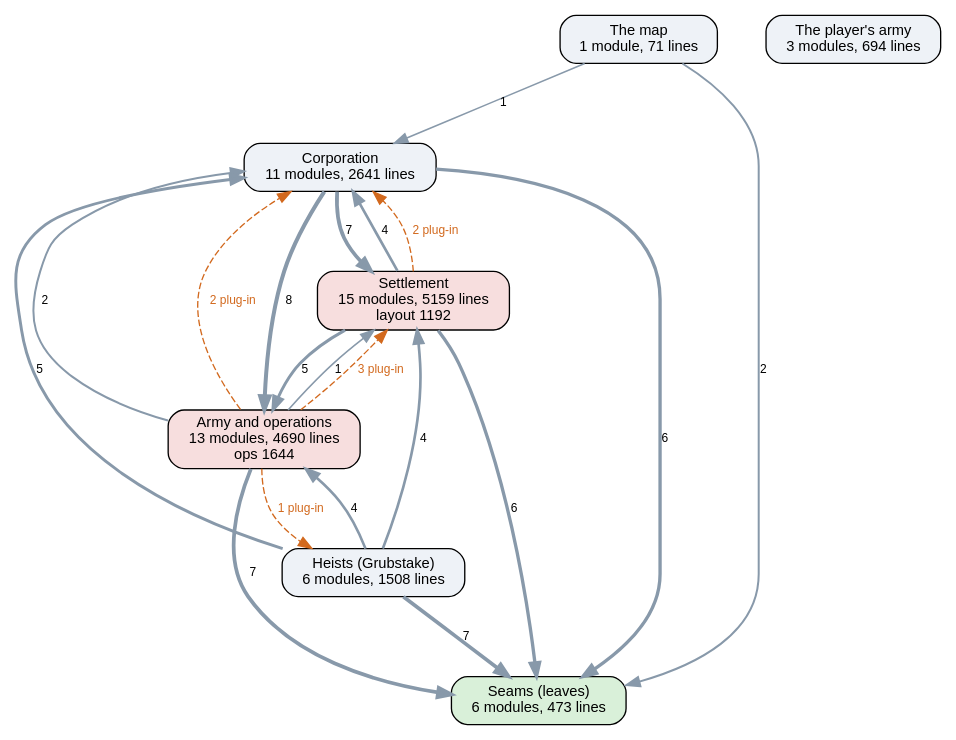
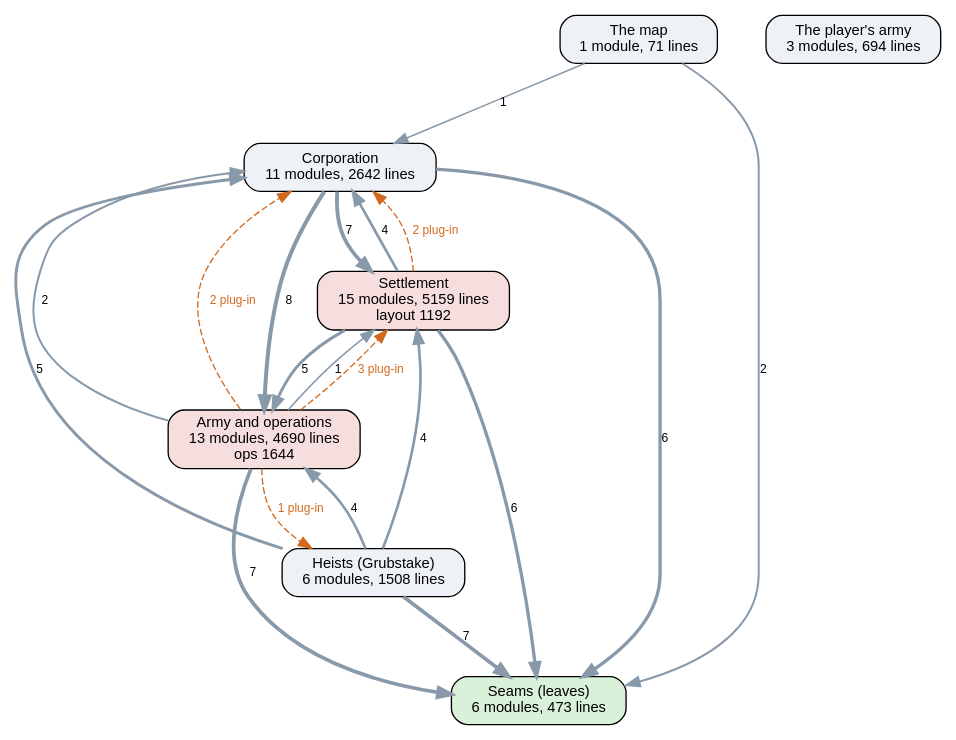
The diagram in docs/ai-layers.dot (kinelhu/landing-party), drawn with Graphviz before and after one commit. The commit also changed 26 other files, not shown here.

```diff
--- a/docs/ai-layers.dot
+++ b/docs/ai-layers.dot
@@ -1,31 +1,31 @@
 digraph layers {
   graph [rankdir=TB, fontname="Helvetica", nodesep=0.5, ranksep=0.7];
   node [shape=box, style="rounded,filled", fontname="Helvetica", fontsize=11, fillcolor="#eef2f7"];
   edge [color="#8899aa", fontname="Helvetica", fontsize=9];
   "Seams (leaves)" [label="Seams (leaves)\n6 modules, 473 lines", fillcolor="#d9f0d9"];
-  "Corporation" [label="Corporation\n11 modules, 2641 lines", fillcolor="#eef2f7"];
+  "Corporation" [label="Corporation\n11 modules, 2642 lines", fillcolor="#eef2f7"];
   "Settlement" [label="Settlement\n15 modules, 5159 lines\nlayout 1192", fillcolor="#f7dede"];
   "Army and operations" [label="Army and operations\n13 modules, 4690 lines\nops 1644", fillcolor="#f7dede"];
   "Heists (Grubstake)" [label="Heists (Grubstake)\n6 modules, 1508 lines", fillcolor="#eef2f7"];
   "The map" [label="The map\n1 module, 71 lines", fillcolor="#eef2f7"];
   "The player's army" [label="The player's army\n3 modules, 694 lines", fillcolor="#eef2f7"];
   "Army and operations" -> "Corporation" [label="2", penwidth=1.5];
   "Army and operations" -> "Seams (leaves)" [label="7", penwidth=2.8];
   "Army and operations" -> "Settlement" [label="1", penwidth=1.2];
   "Corporation" -> "Army and operations" [label="8", penwidth=3.0];
   "Corporation" -> "Seams (leaves)" [label="6", penwidth=2.5];
   "Corporation" -> "Settlement" [label="7", penwidth=2.8];
   "Heists (Grubstake)" -> "Army and operations" [label="4", penwidth=2.0];
   "Heists (Grubstake)" -> "Corporation" [label="5", penwidth=2.2];
   "Heists (Grubstake)" -> "Seams (leaves)" [label="7", penwidth=2.8];
   "Heists (Grubstake)" -> "Settlement" [label="4", penwidth=2.0];
   "Settlement" -> "Army and operations" [label="5", penwidth=2.2];
   "Settlement" -> "Corporation" [label="4", penwidth=2.0];
   "Settlement" -> "Seams (leaves)" [label="6", penwidth=2.5];
   "The map" -> "Corporation" [label="1", penwidth=1.2];
   "The map" -> "Seams (leaves)" [label="2", penwidth=1.5];
   "Army and operations" -> "Corporation" [style=dashed, color="#d2691e", fontcolor="#d2691e", label="2 plug-in"];
   "Army and operations" -> "Heists (Grubstake)" [style=dashed, color="#d2691e", fontcolor="#d2691e", label="1 plug-in"];
   "Army and operations" -> "Settlement" [style=dashed, color="#d2691e", fontcolor="#d2691e", label="3 plug-in"];
   "Settlement" -> "Corporation" [style=dashed, color="#d2691e", fontcolor="#d2691e", label="2 plug-in"];
 }
```
